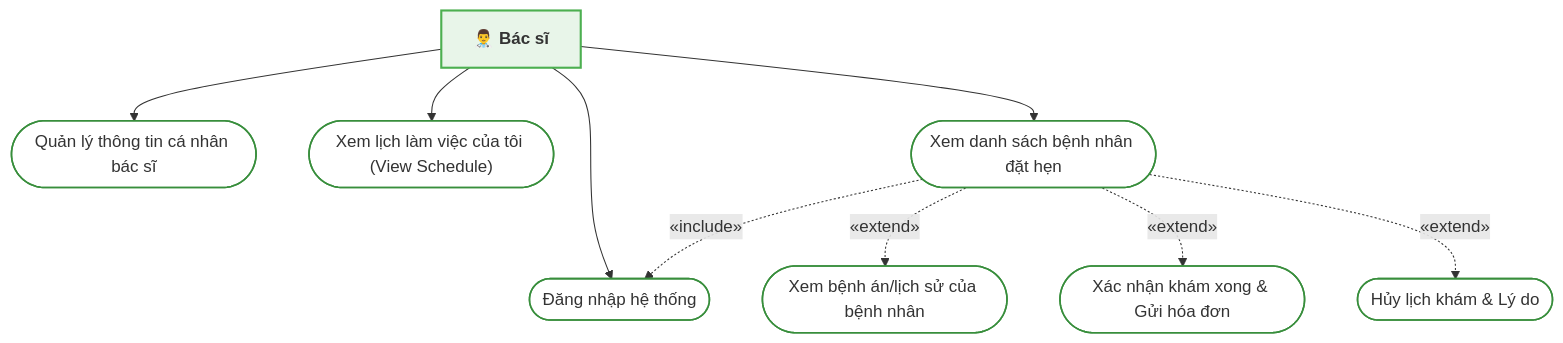
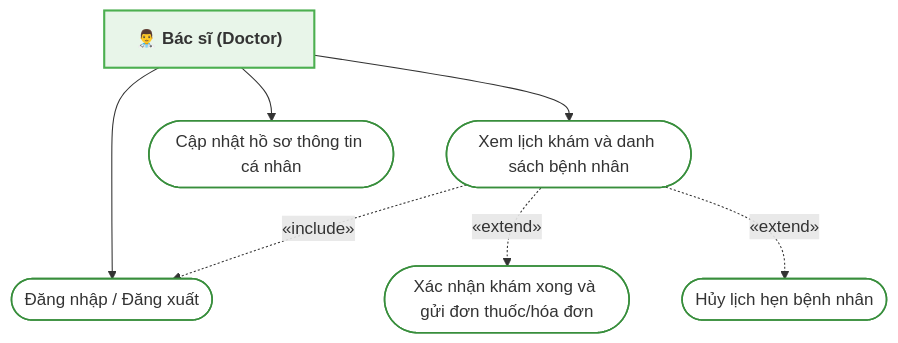
Before and after one commit to Hius22/HeathCare-: the third of 4 diagrams in HE_THONG_USECASE.md, drawn with Mermaid. The commit also changed other lines of this file and 6 other files, not shown here.

````diff
--- a/HE_THONG_USECASE.md
+++ b/HE_THONG_USECASE.md
@@ -192,29 +206,25 @@
 ```mermaid
 graph TB
-    Doctor["👨‍⚕️ Bác sĩ"]
+    Doctor["👨‍⚕️ Bác sĩ (Doctor)"]
     
     classDef actorDoctor fill:#e8f5e9,stroke:#4caf50,stroke-width:2px,font-weight:bold;
     classDef usecase fill:#ffffff,stroke:#388e3c,stroke-width:1.5px,shape:stadium;
     class Doctor actorDoctor;
 
-    uc_login(["Đăng nhập hệ thống"])
-    uc_profile(["Quản lý thông tin cá nhân bác sĩ"])
-    uc_view_schedule(["Xem lịch làm việc của tôi (View Schedule)"])
-    uc_view_patients(["Xem danh sách bệnh nhân đặt hẹn"])
-    uc_history_patient(["Xem bệnh án/lịch sử của bệnh nhân"])
-    uc_remedy(["Xác nhận khám xong & Gửi hóa đơn"])
-    uc_cancel(["Hủy lịch khám & Lý do"])
+    uc_auth(["Đăng nhập / Đăng xuất"])
+    uc_view_schedule(["Xem lịch khám và danh sách bệnh nhân"])
+    uc_remedy(["Xác nhận khám xong và gửi đơn thuốc/hóa đơn"])
+    uc_cancel(["Hủy lịch hẹn bệnh nhân"])
+    uc_profile(["Cập nhật hồ sơ thông tin cá nhân"])
 
-    class uc_login,uc_profile,uc_view_schedule,uc_view_patients,uc_history_patient,uc_remedy,uc_cancel usecase;
+    class uc_auth,uc_view_schedule,uc_remedy,uc_cancel,uc_profile usecase;
 
-    Doctor --> uc_login
+    Doctor --> uc_auth
+    Doctor --> uc_view_schedule
     Doctor --> uc_profile
-    Doctor --> uc_view_schedule
-    Doctor --> uc_view_patients
 
     %% Relationships
-    uc_view_patients -.->|&laquo;include&raquo;| uc_login
-    uc_view_patients -.->|&laquo;extend&raquo;| uc_history_patient
-    uc_view_patients -.->|&laquo;extend&raquo;| uc_remedy
-    uc_view_patients -.->|&laquo;extend&raquo;| uc_cancel
+    uc_view_schedule -.->|&laquo;include&raquo;| uc_auth
+    uc_view_schedule -.->|&laquo;extend&raquo;| uc_remedy
+    uc_view_schedule -.->|&laquo;extend&raquo;| uc_cancel
 ```
````
